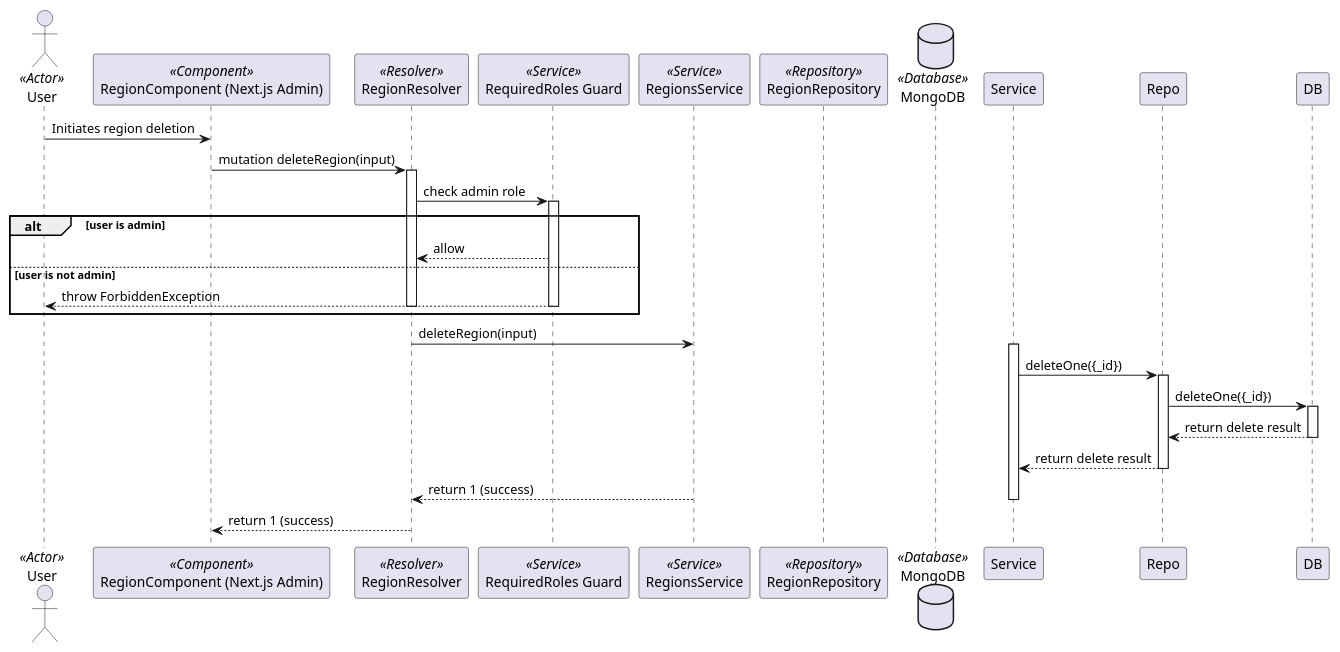
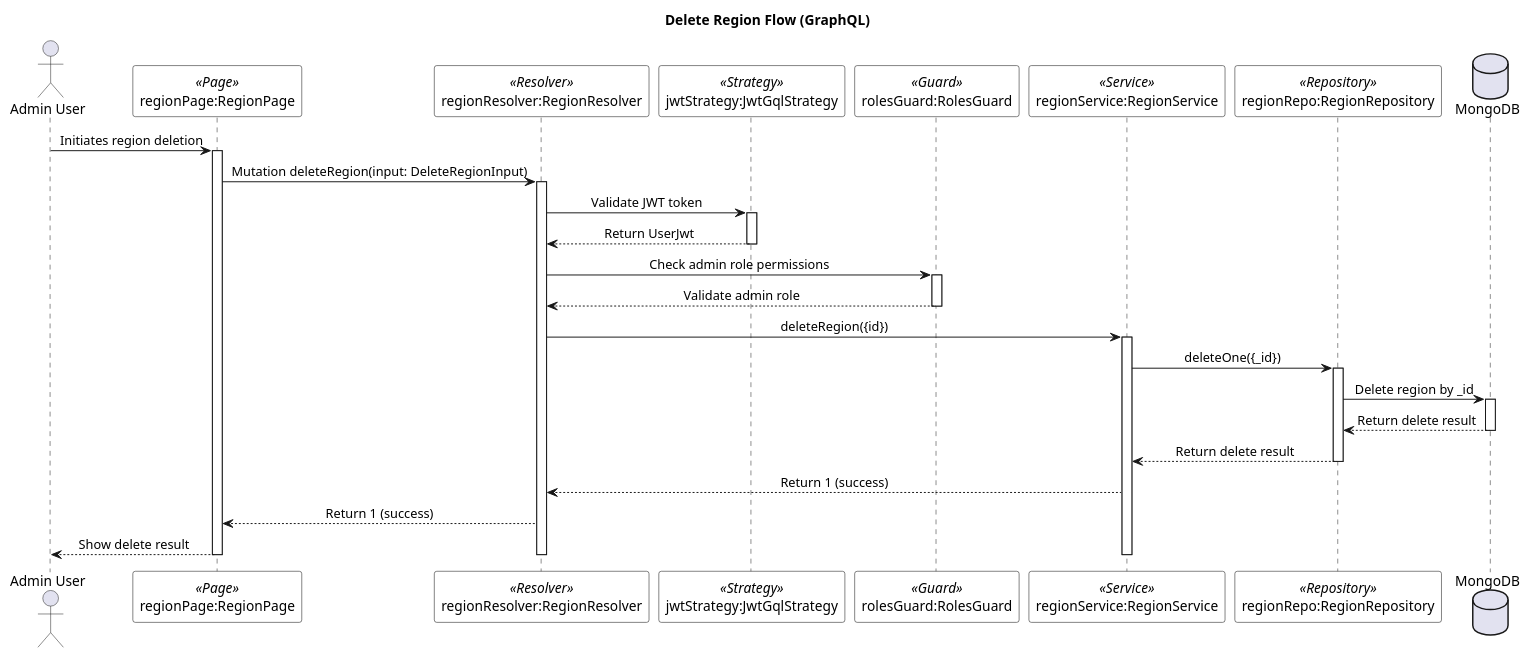
The diagram in documents/diagram/sequences/regions/region_delete_region.puml (lehuygiang28/vphim), drawn with PlantUML before and after one commit. The commit also changed 4 other files, not shown here.

First line of the commit message:
refactor(diagrams/sequences/regions): 🛠️ update region management flow diagrams for clarity and consistency

```diff
--- a/documents/diagram/sequences/regions/region_delete_region.puml
+++ b/documents/diagram/sequences/regions/region_delete_region.puml
@@ -1,43 +1,58 @@
-@startuml Region - Delete Region
+@startuml Delete Region Flow
 
-actor User <<Actor>>
-participant "RegionComponent (Next.js Admin)" as RegionComponent <<Component>>
-participant "RegionResolver" as Resolver <<Resolver>>
-participant "RequiredRoles Guard" as Guard <<Service>>
-participant "RegionsService" as RegionsService <<Service>>
-participant "RegionRepository" as RegionRepository <<Repository>>
-database "MongoDB" as MongoDB <<Database>>
+skinparam SequenceMessageAlignment center
+skinparam SequenceBoxBackgroundColor white
+skinparam SequenceBoxBorderColor black
+skinparam NoteBackgroundColor lightyellow
+skinparam NoteBorderColor black
+skinparam ParticipantBackgroundColor white
+skinparam ParticipantBorderColor black
 
-User -> RegionComponent: Initiates region deletion
-RegionComponent -> Resolver: mutation deleteRegion(input)
-activate Resolver
+title Delete Region Flow (GraphQL)
 
-Resolver -> Guard: check admin role
-activate Guard
-alt user is admin
-    Guard --> Resolver: allow
-else user is not admin
-    Guard --> User: throw ForbiddenException
-    deactivate Resolver
-    deactivate Guard
-end
-deactivate Guard
+actor "Admin User" as adminUser
+participant "regionPage:RegionPage" as regionPage <<Page>>
+participant "regionResolver:RegionResolver" as regionResolver <<Resolver>>
+participant "jwtStrategy:JwtGqlStrategy" as jwtStrategy <<Strategy>>
+participant "rolesGuard:RolesGuard" as rolesGuard <<Guard>>
+participant "regionService:RegionService" as regionService <<Service>>
+participant "regionRepo:RegionRepository" as regionRepo <<Repository>>
+database "MongoDB" as mongoDB
 
-Resolver -> RegionsService: deleteRegion(input)
-activate Service
+adminUser -> regionPage : Initiates region deletion
+activate regionPage
 
-Service -> Repo: deleteOne({_id})
-activate Repo
-Repo -> DB: deleteOne({_id})
-activate DB
-DB --> Repo: return delete result
-deactivate DB
-Repo --> Service: return delete result
-deactivate Repo
+regionPage -> regionResolver : Mutation deleteRegion(input: DeleteRegionInput)
+activate regionResolver
 
-RegionsService --> Resolver: return 1 (success)
-deactivate Service
-Resolver --> RegionComponent: return 1 (success)
-deactivate Resolver
+regionResolver -> jwtStrategy : Validate JWT token
+activate jwtStrategy
+jwtStrategy --> regionResolver : Return UserJwt
+deactivate jwtStrategy
 
-@enduml 
+regionResolver -> rolesGuard : Check admin role permissions
+activate rolesGuard
+rolesGuard --> regionResolver : Validate admin role
+deactivate rolesGuard
+
+regionResolver -> regionService : deleteRegion({id})
+activate regionService
+
+regionService -> regionRepo : deleteOne({_id})
+activate regionRepo
+regionRepo -> mongoDB : Delete region by _id
+activate mongoDB
+mongoDB --> regionRepo : Return delete result
+deactivate mongoDB
+regionRepo --> regionService : Return delete result
+deactivate regionRepo
+
+regionService --> regionResolver : Return 1 (success)
+regionResolver --> regionPage : Return 1 (success)
+regionPage --> adminUser : Show delete result
+
+deactivate regionService
+deactivate regionResolver
+deactivate regionPage
+
+@enduml
```
